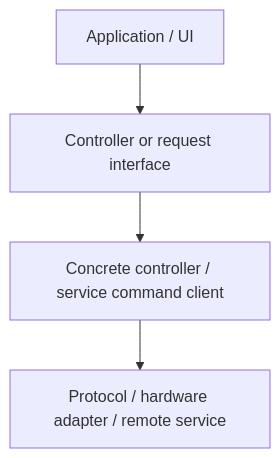
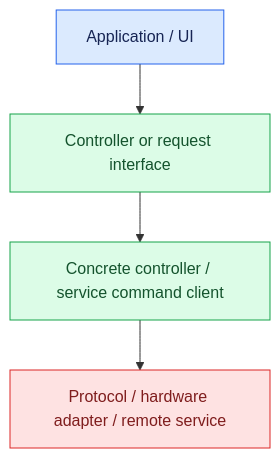
The first of 5 diagrams in docs/architecture.md (markisrt4/OpenRoadCode), drawn with Mermaid before and after one commit. The commit also changed other lines of this file, not shown here.

Commit message:
Color Mermaid diagrams by architecture layer

````diff
--- a/docs/architecture.md
+++ b/docs/architecture.md
@@ -9,9 +11,19 @@
 ```mermaid
 flowchart TD
     app["Application / UI"]
     iface["Controller or request interface"]
     client["Concrete controller / service command client"]
     boundary["Protocol / hardware adapter / remote service"]
 
     app --> iface --> client --> boundary
+
+    classDef orcApp fill:#dbeafe,stroke:#2563eb,color:#172554;
+    classDef orcService fill:#ede9fe,stroke:#7c3aed,color:#2e1065;
+    classDef orcController fill:#dcfce7,stroke:#16a34a,color:#14532d;
+    classDef orcMessage fill:#ffedd5,stroke:#ea580c,color:#7c2d12;
+    classDef orcAdapter fill:#fee2e2,stroke:#dc2626,color:#7f1d1d;
+    classDef orcExternal fill:#f3f4f6,stroke:#6b7280,color:#1f2937;
+    class app orcApp;
+    class iface,client orcController;
+    class boundary orcAdapter;
 ```
````
